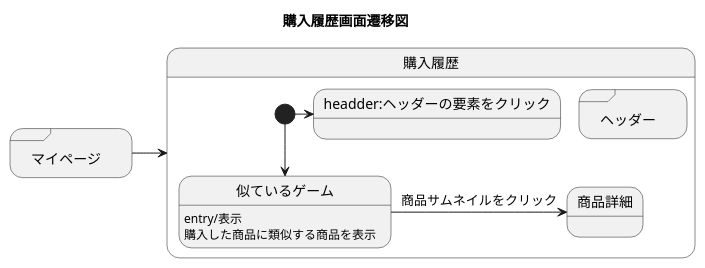
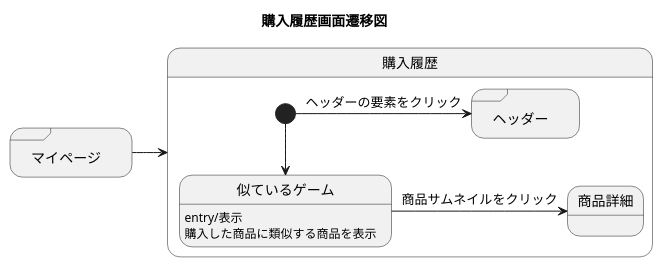
The diagram in 購入履歴.md (akutori/T-D-E), drawn with PlantUML before and after one commit.

Commit message:
修正

````diff
--- a/購入履歴.md
+++ b/購入履歴.md
@@ -1,17 +1,17 @@
 ```uml
 @startuml
 title 購入履歴画面遷移図
 state "マイページ" as mypage <<sdlreceive>>
 mypage -> 購入履歴
 state 購入履歴{
     state "ヘッダー" as headder<<sdlreceive>>
     state 似ているゲーム:entry/表示
     state 似ているゲーム:購入した商品に類似する商品を表示
-    [*]->headder:ヘッダーの要素をクリック
+    [*]->headder :ヘッダーの要素をクリック
     [*]-->似ているゲーム
     似ているゲーム->商品詳細 : 商品サムネイルをクリック
 }
 
 
 @enduml
 ```
````
